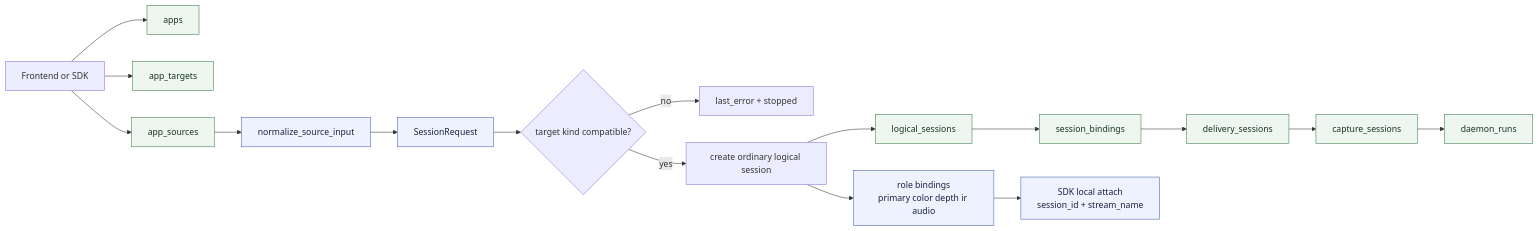
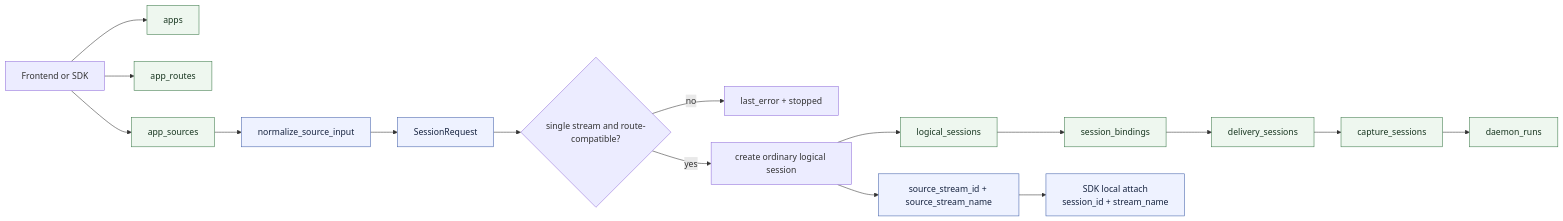
The diagram in docs/diagram/intent-routing-runtime.md (YixinZ-NUS/insight-io), drawn with Mermaid before and after one commit. The commit also changed 6 other files, not shown here.

````diff
--- a/docs/diagram/intent-routing-runtime.md
+++ b/docs/diagram/intent-routing-runtime.md
@@ -3,26 +3,26 @@
 ```mermaid
 flowchart LR
     UI[Frontend or SDK] --> Apps[apps]
-    UI --> Targets[app_targets]
+    UI --> Routes[app_routes]
     UI --> Sources[app_sources]
 
     Sources --> Normalize[normalize_source_input]
     Normalize --> Request[SessionRequest]
-    Request --> Validate{target kind compatible?}
+    Request --> Validate{single stream and route-compatible?}
     Validate -->|no| Reject[last_error + stopped]
     Validate -->|yes| Create[create ordinary logical session]
 
     Create --> Logical[logical_sessions]
     Logical --> Bindings[session_bindings]
     Bindings --> Delivery[delivery_sessions]
     Delivery --> Capture[capture_sessions]
     Capture --> Runs[daemon_runs]
 
-    Create --> Roles[role bindings<br/>primary color depth ir audio]
-    Roles --> Attach[SDK local attach<br/>session_id + stream_name]
+    Create --> Stream[source_stream_id + source_stream_name]
+    Stream --> Attach[SDK local attach<br/>session_id + stream_name]
 
     classDef durable fill:#eef7ef,stroke:#3d7a4a,color:#17351f;
     classDef runtime fill:#eef2ff,stroke:#4361aa,color:#16233f;
-    class Apps,Targets,Sources,Logical,Bindings,Delivery,Capture,Runs durable;
-    class Normalize,Request,Roles,Attach runtime;
+    class Apps,Routes,Sources,Logical,Bindings,Delivery,Capture,Runs durable;
+    class Normalize,Request,Stream,Attach runtime;
 ```
````
